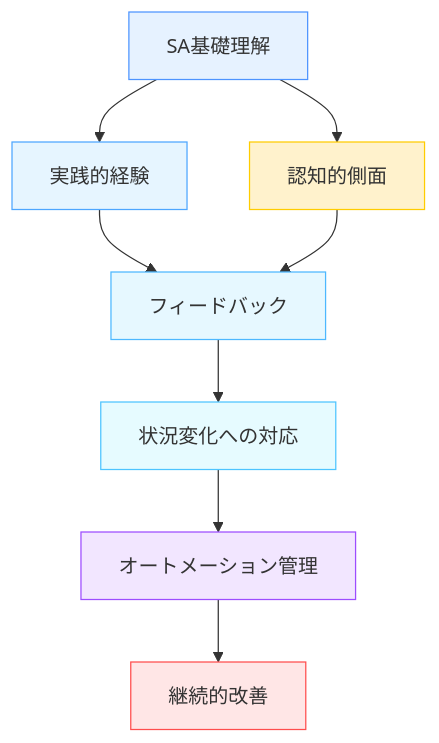
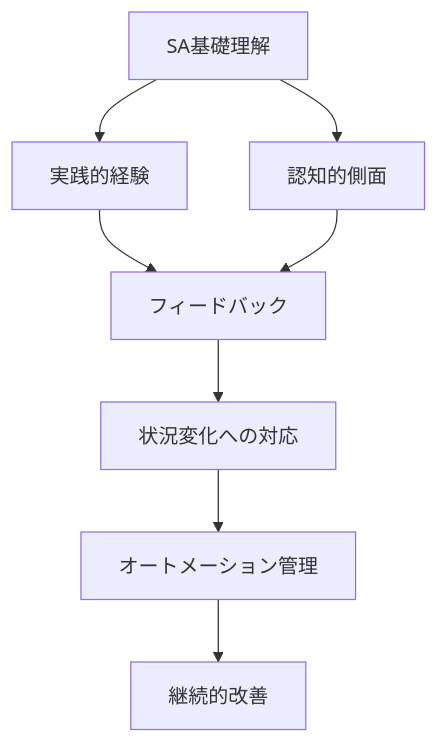
Before and after one commit to shuji-bonji/Situational-Awareness-and-Decision-Making: the first of 4 diagrams in docs/situational-awareness-guide/training-sa.md, drawn with Mermaid. The commit also changed 49 other files, not shown here.

Commit message:
fix: ダークモードで見づらい図の色の変更

````diff
--- a/docs/situational-awareness-guide/training-sa.md
+++ b/docs/situational-awareness-guide/training-sa.md
@@ -27,17 +27,17 @@
 ```mermaid
 graph TD
     A[SA基礎理解] --> B[実践的経験]
     B --> C[フィードバック]
     C --> D[状況変化への対応]
     D --> E[オートメーション管理]
     E --> F[継続的改善]
     A --> G[認知的側面]
     G --> C
-    style A fill:#e6f2ff,stroke:#4d94ff
-    style B fill:#e6f5ff,stroke:#4da6ff
-    style C fill:#e6f8ff,stroke:#4db8ff
-    style D fill:#e6fbff,stroke:#4dc4ff
-    style E fill:#f2e6ff,stroke:#9d4dff
-    style F fill:#ffe6e6,stroke:#ff4d4d
-    style G fill:#fff2cc,stroke:#ffcc00
+
+
+
+
+
+
+
 ```
````
